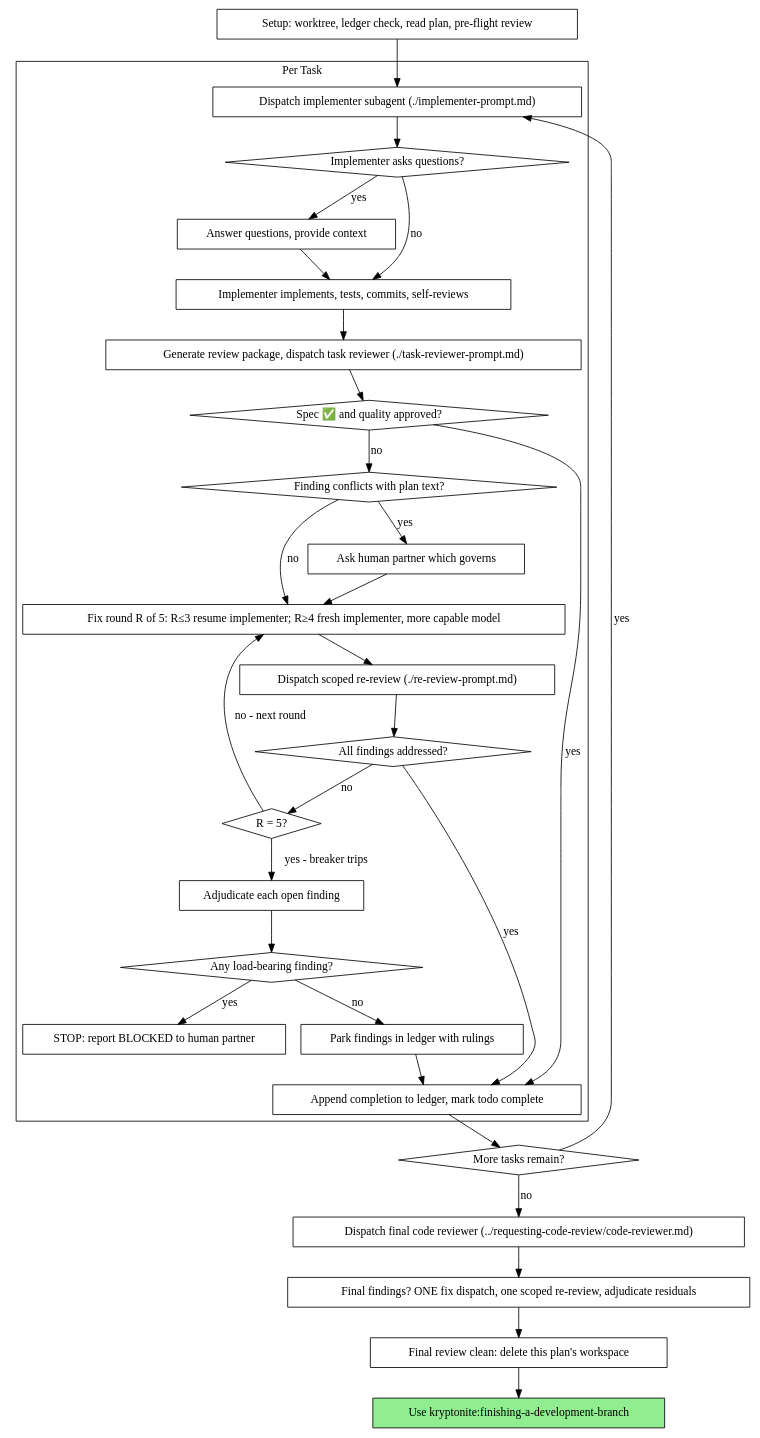
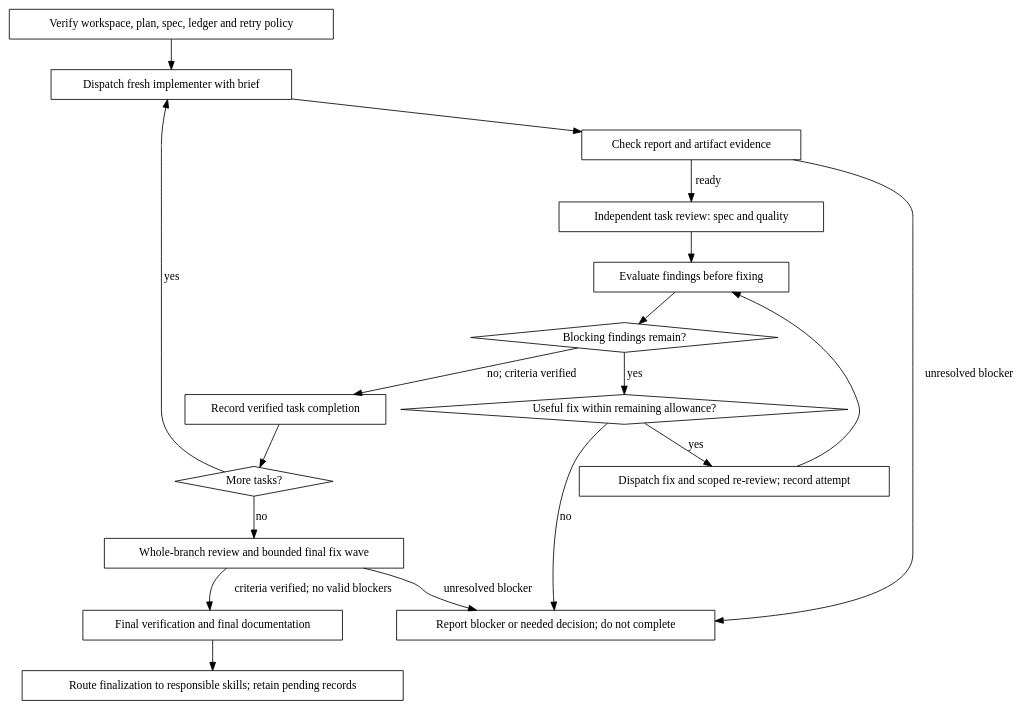
One commit to hemaher0/dev-skills changed the diagram in skills/subagent-driven-development/SKILL.md. Above: the diagram before and after it, drawn with Graphviz. The commit also changed other lines of this file and 46 other files, not shown here.

````diff
--- a/skills/subagent-driven-development/SKILL.md
+++ b/skills/subagent-driven-development/SKILL.md
@@ -47,62 +36,37 @@
 ```dot
 digraph process {
     rankdir=TB;
+    "Verify workspace, plan, spec, ledger and retry policy" [shape=box];
+    "Dispatch fresh implementer with brief" [shape=box];
+    "Check report and artifact evidence" [shape=box];
+    "Independent task review: spec and quality" [shape=box];
+    "Evaluate findings before fixing" [shape=box];
+    "Blocking findings remain?" [shape=diamond];
+    "Useful fix within remaining allowance?" [shape=diamond];
+    "Dispatch fix and scoped re-review; record attempt" [shape=box];
+    "Report blocker or needed decision; do not complete" [shape=box];
+    "Record verified task completion" [shape=box];
+    "More tasks?" [shape=diamond];
+    "Whole-branch review and bounded final fix wave" [shape=box];
+    "Final verification and final documentation" [shape=box];
+    "Route finalization to responsible skills; retain pending records" [shape=box];
 
-    subgraph cluster_per_task {
-        label="Per Task";
-        "Dispatch implementer subagent (./implementer-prompt.md)" [shape=box];
-        "Implementer asks questions?" [shape=diamond];
-        "Answer questions, provide context" [shape=box];
-        "Implementer implements, tests, commits, self-reviews" [shape=box];
-        "Generate review package, dispatch task reviewer (./task-reviewer-prompt.md)" [shape=box];
-        "Spec ✅ and quality approved?" [shape=diamond];
-        "Finding conflicts with plan text?" [shape=diamond];
-        "Ask human partner which governs" [shape=box];
-        "Fix round R of 5: R≤3 resume implementer; R≥4 fresh implementer, more capable model" [shape=box];
-        "Dispatch scoped re-review (./re-review-prompt.md)" [shape=box];
-        "All findings addressed?" [shape=diamond];
-        "R = 5?" [shape=diamond];
-        "Adjudicate each open finding" [shape=box];
-        "Any load-bearing finding?" [shape=diamond];
-        "STOP: report BLOCKED to human partner" [shape=box];
-        "Park findings in ledger with rulings" [shape=box];
-        "Append completion to ledger, mark todo complete" [shape=box];
-    }
-
-    "Setup: worktree, ledger check, read plan, pre-flight review" [shape=box];
-    "More tasks remain?" [shape=diamond];
-    "Dispatch final code reviewer (../requesting-code-review/code-reviewer.md)" [shape=box];
-    "Final findings? ONE fix dispatch, one scoped re-review, adjudicate residuals" [shape=box];
-    "Final review clean: delete this plan's workspace" [shape=box];
-    "Use kryptonite:finishing-a-development-branch" [shape=box style=filled fillcolor=lightgreen];
-
-    "Setup: worktree, ledger check, read plan, pre-flight review" -> "Dispatch implementer subagent (./implementer-prompt.md)";
-    "Dispatch implementer subagent (./implementer-prompt.md)" -> "Implementer asks questions?";
-    "Implementer asks questions?" -> "Answer questions, provide context" [label="yes"];
-    "Answer questions, provide context" -> "Implementer implements, tests, commits, self-reviews";
-    "Implementer asks questions?" -> "Implementer implements, tests, commits, self-reviews" [label="no"];
-    "Implementer implements, tests, commits, self-reviews" -> "Generate review package, dispatch task reviewer (./task-reviewer-prompt.md)";
-    "Generate review package, dispatch task reviewer (./task-reviewer-prompt.md)" -> "Spec ✅ and quality approved?";
-    "Spec ✅ and quality approved?" -> "Append completion to ledger, mark todo complete" [label="yes"];
-    "Spec ✅ and quality approved?" -> "Finding conflicts with plan text?" [label="no"];
-    "Finding conflicts with plan text?" -> "Ask human partner which governs" [label="yes"];
-    "Ask human partner which governs" -> "Fix round R of 5: R≤3 resume implementer; R≥4 fresh implementer, more capable model";
-    "Finding conflicts with plan text?" -> "Fix round R of 5: R≤3 resume implementer; R≥4 fresh implementer, more capable model" [label="no"];
-    "Fix round R of 5: R≤3 resume implementer; R≥4 fresh implementer, more capable model" -> "Dispatch scoped re-review (./re-review-prompt.md)";
-    "Dispatch scoped re-review (./re-review-prompt.md)" -> "All findings addressed?";
-    "All findings addressed?" -> "Append completion to ledger, mark todo complete" [label="yes"];
-    "All findings addressed?" -> "R = 5?" [label="no"];
-    "R = 5?" -> "Fix round R of 5: R≤3 resume implementer; R≥4 fresh implementer, more capable model" [label="no - next round"];
-    "R = 5?" -> "Adjudicate each open finding" [label="yes - breaker trips"];
-    "Adjudicate each open finding" -> "Any load-bearing finding?";
-    "Any load-bearing finding?" -> "STOP: report BLOCKED to human partner" [label="yes"];
-    "Any load-bearing finding?" -> "Park findings in ledger with rulings" [label="no"];
-    "Park findings in ledger with rulings" -> "Append completion to ledger, mark todo complete";
-    "Append completion to ledger, mark todo complete" -> "More tasks remain?";
-    "More tasks remain?" -> "Dispatch implementer subagent (./implementer-prompt.md)" [label="yes"];
-    "More tasks remain?" -> "Dispatch final code reviewer (../requesting-code-review/code-reviewer.md)" [label="no"];
-    "Dispatch final code reviewer (../requesting-code-review/code-reviewer.md)" -> "Final findings? ONE fix dispatch, one scoped re-review, adjudicate residuals";
-    "Final findings? ONE fix dispatch, one scoped re-review, adjudicate residuals" -> "Final review clean: delete this plan's workspace";
-    "Final review clean: delete this plan's workspace" -> "Use kryptonite:finishing-a-development-branch";
+    "Verify workspace, plan, spec, ledger and retry policy" -> "Dispatch fresh implementer with brief";
+    "Dispatch fresh implementer with brief" -> "Check report and artifact evidence";
+    "Check report and artifact evidence" -> "Independent task review: spec and quality" [label="ready"];
+    "Check report and artifact evidence" -> "Report blocker or needed decision; do not complete" [label="unresolved blocker"];
+    "Independent task review: spec and quality" -> "Evaluate findings before fixing";
+    "Evaluate findings before fixing" -> "Blocking findings remain?";
+    "Blocking findings remain?" -> "Record verified task completion" [label="no; criteria verified"];
+    "Blocking findings remain?" -> "Useful fix within remaining allowance?" [label="yes"];
+    "Useful fix within remaining allowance?" -> "Dispatch fix and scoped re-review; record attempt" [label="yes"];
+    "Useful fix within remaining allowance?" -> "Report blocker or needed decision; do not complete" [label="no"];
+    "Dispatch fix and scoped re-review; record attempt" -> "Evaluate findings before fixing";
+    "Record verified task completion" -> "More tasks?";
+    "More tasks?" -> "Dispatch fresh implementer with brief" [label="yes"];
+    "More tasks?" -> "Whole-branch review and bounded final fix wave" [label="no"];
+    "Whole-branch review and bounded final fix wave" -> "Final verification and final documentation" [label="criteria verified; no valid blockers"];
+    "Whole-branch review and bounded final fix wave" -> "Report blocker or needed decision; do not complete" [label="unresolved blocker"];
+    "Final verification and final documentation" -> "Route finalization to responsible skills; retain pending records";
 }
 ```
````
